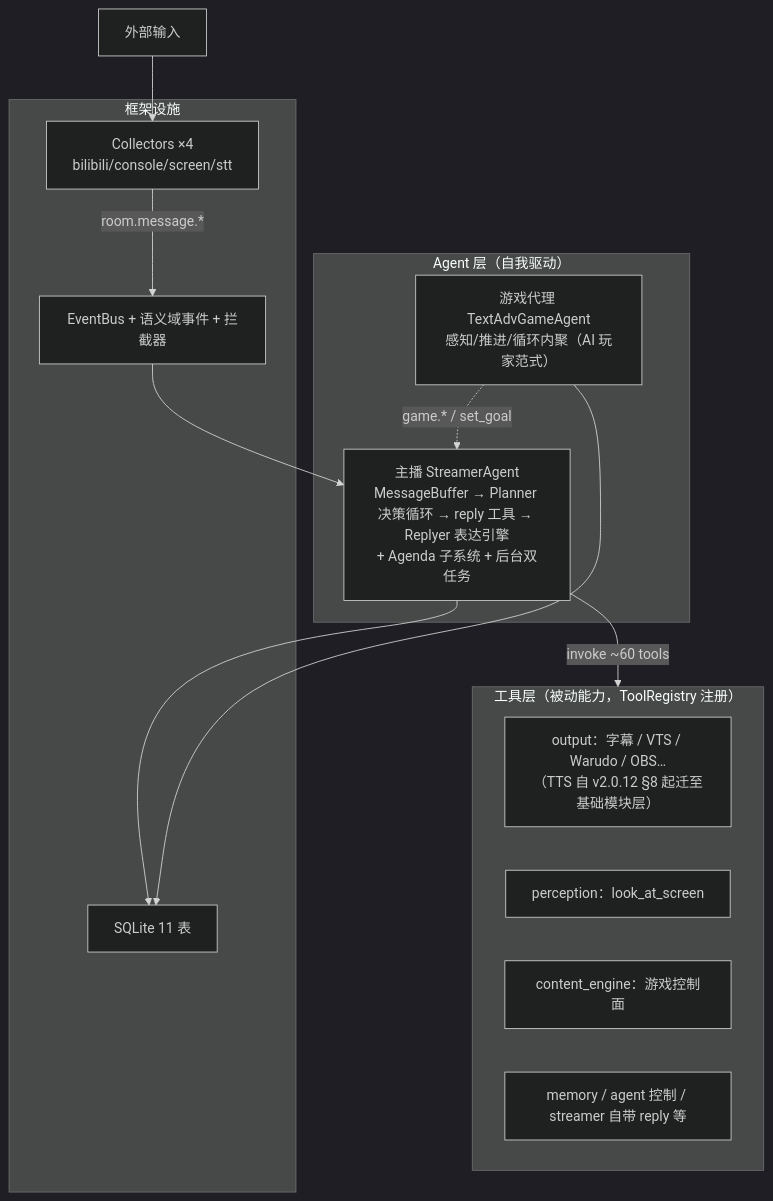
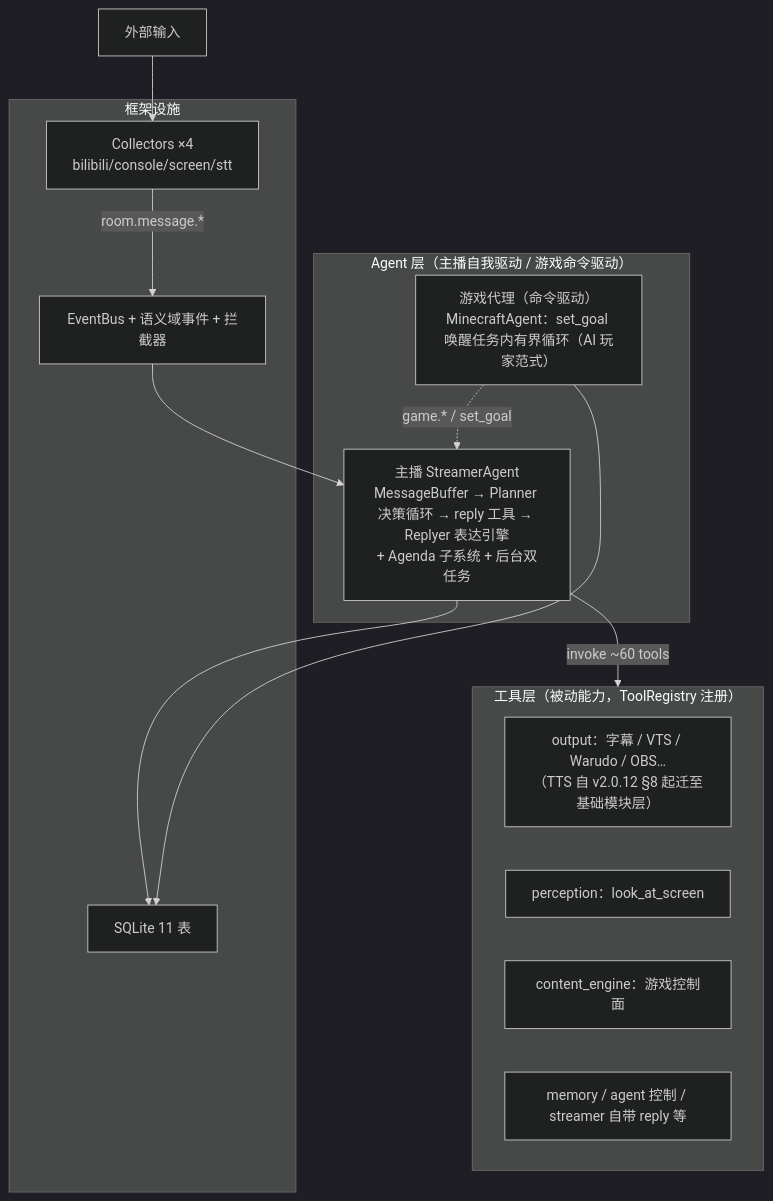
Before and after one commit to Mai-with-u/Amaidesu: the diagram in docs/architecture/v2-architecture.md, drawn with Mermaid (dark theme). The commit also changed other lines of this file and 24 other files, not shown here.

First line of the commit message:
feat(agents): MinecraftAgent ReAct 重构

````diff
--- a/docs/architecture/v2-architecture.md
+++ b/docs/architecture/v2-architecture.md
@@ -109,23 +110,23 @@
 ```mermaid
 flowchart TB
-    subgraph Agents["Agent 层（自我驱动）"]
+    subgraph Agents["Agent 层（主播自我驱动 / 游戏命令驱动）"]
         SA["主播 StreamerAgent<br/>MessageBuffer → Planner 决策循环 → reply 工具 → Replyer 表达引擎<br/>+ Agenda 子系统 + 后台双任务"]
-        GA["游戏代理 TextAdvGameAgent<br/>感知/推进/循环内聚（AI 玩家范式）"]
+        GA["游戏代理（命令驱动）<br/>MinecraftAgent：set_goal 唤醒任务内有界循环（AI 玩家范式）"]
     end
     subgraph Tools["工具层（被动能力，ToolRegistry 注册）"]
         T1["output：字幕 / VTS / Warudo / OBS…<br/>（TTS 自 v2.0.12 §8 起迁至基础模块层）"]
         T2["perception：look_at_screen"]
         T3["content_engine：游戏控制面"]
         T4["memory / agent 控制 / streamer 自带 reply 等"]
     end
     subgraph Infra["框架设施"]
         COL["Collectors ×4<br/>bilibili/console/screen/stt"]
         BUS["EventBus + 语义域事件 + 拦截器"]
         STO["SQLite 11 表"]
     end
     EXT["外部输入"] --> COL -->|"room.message.*"| BUS
     BUS --> SA
     GA -.->|"game.* / set_goal"| SA
     SA -->|"invoke ~60 tools"| Tools
     SA & GA --> STO
 ```
````
